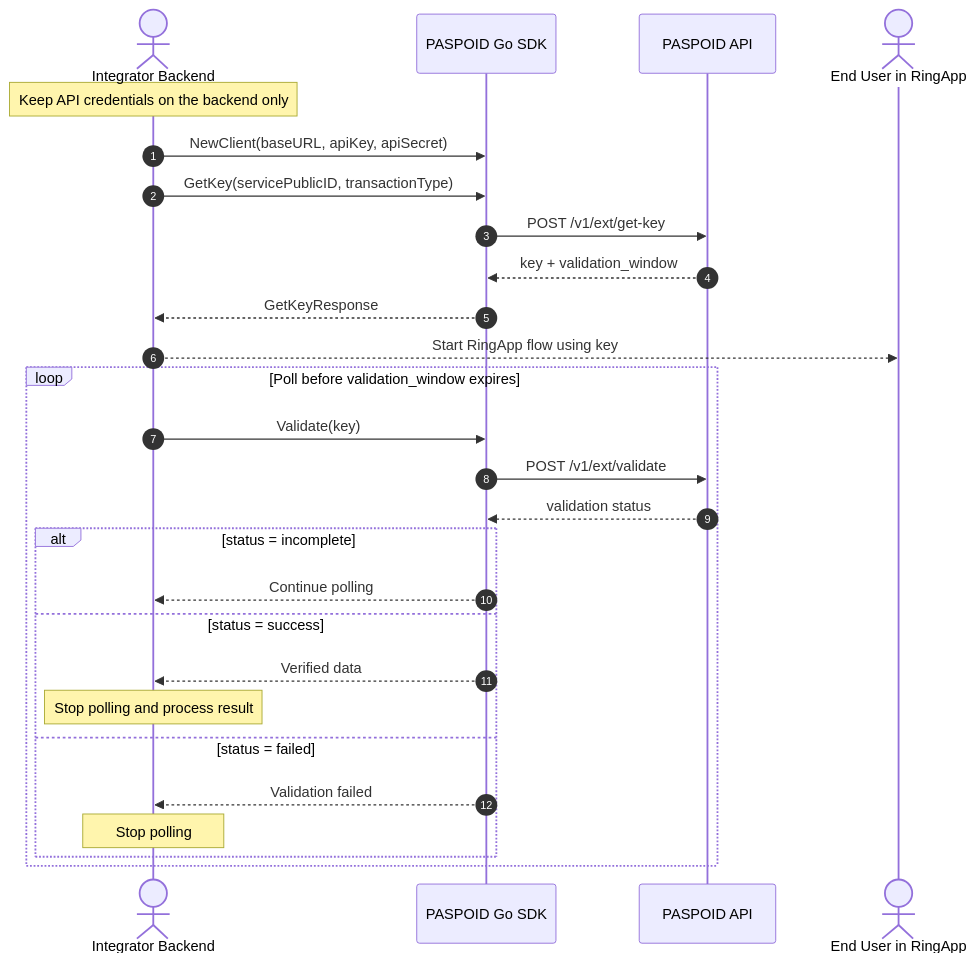
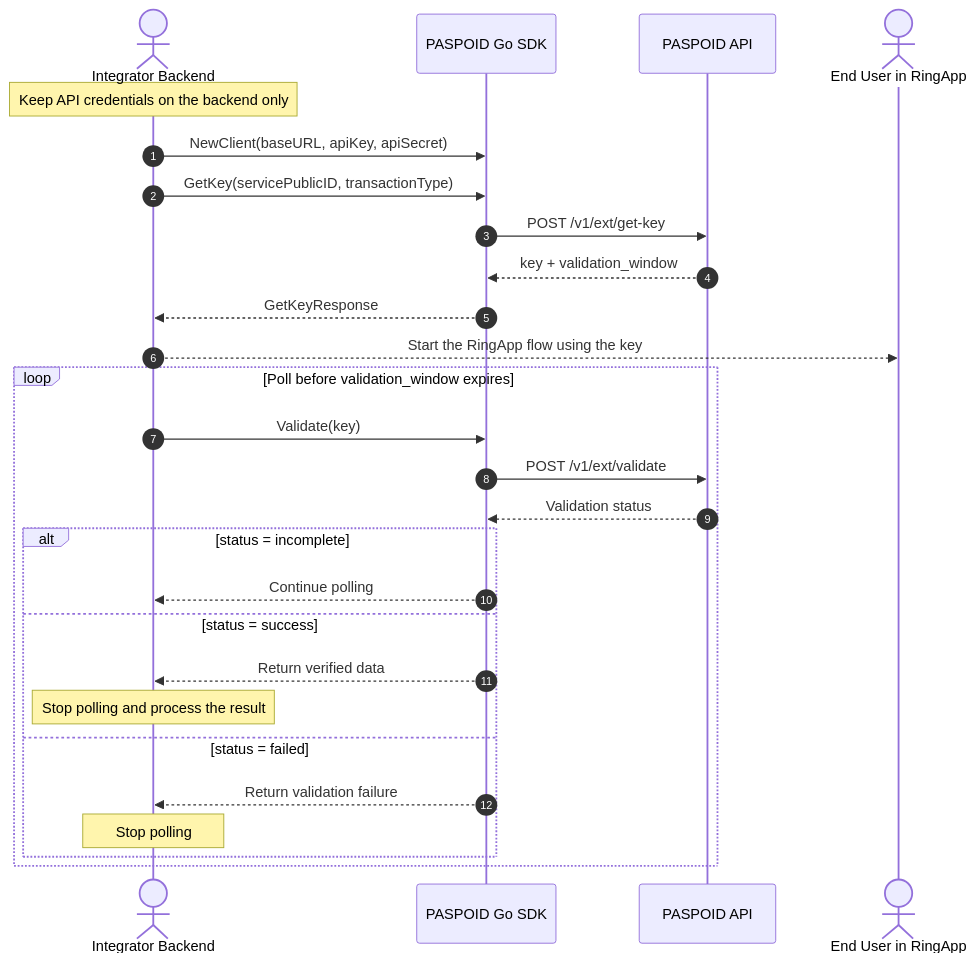
The diagram in README.md (paspoid/server-api), drawn with Mermaid before and after one commit. The commit also changed other lines of this file and 1 other file, not shown here.

````diff
--- a/README.md
+++ b/README.md
@@ -123,35 +149,35 @@
 ```mermaid
 sequenceDiagram
     autonumber
 
     actor Backend as Integrator Backend
     participant SDK as PASPOID Go SDK
     participant API as PASPOID API
     actor User as End User in RingApp
 
     Note over Backend: Keep API credentials on the backend only
 
     Backend->>SDK: NewClient(baseURL, apiKey, apiSecret)
     Backend->>SDK: GetKey(servicePublicID, transactionType)
     SDK->>API: POST /v1/ext/get-key
     API-->>SDK: key + validation_window
     SDK-->>Backend: GetKeyResponse
 
-    Backend-->>User: Start RingApp flow using key
+    Backend-->>User: Start the RingApp flow using the key
 
     loop Poll before validation_window expires
         Backend->>SDK: Validate(key)
         SDK->>API: POST /v1/ext/validate
-        API-->>SDK: validation status
+        API-->>SDK: Validation status
 
         alt status = incomplete
             SDK-->>Backend: Continue polling
         else status = success
-            SDK-->>Backend: Verified data
-            Note over Backend: Stop polling and process result
+            SDK-->>Backend: Return verified data
+            Note over Backend: Stop polling and process the result
         else status = failed
-            SDK-->>Backend: Validation failed
+            SDK-->>Backend: Return validation failure
             Note over Backend: Stop polling
         end
     end
 ```
````
